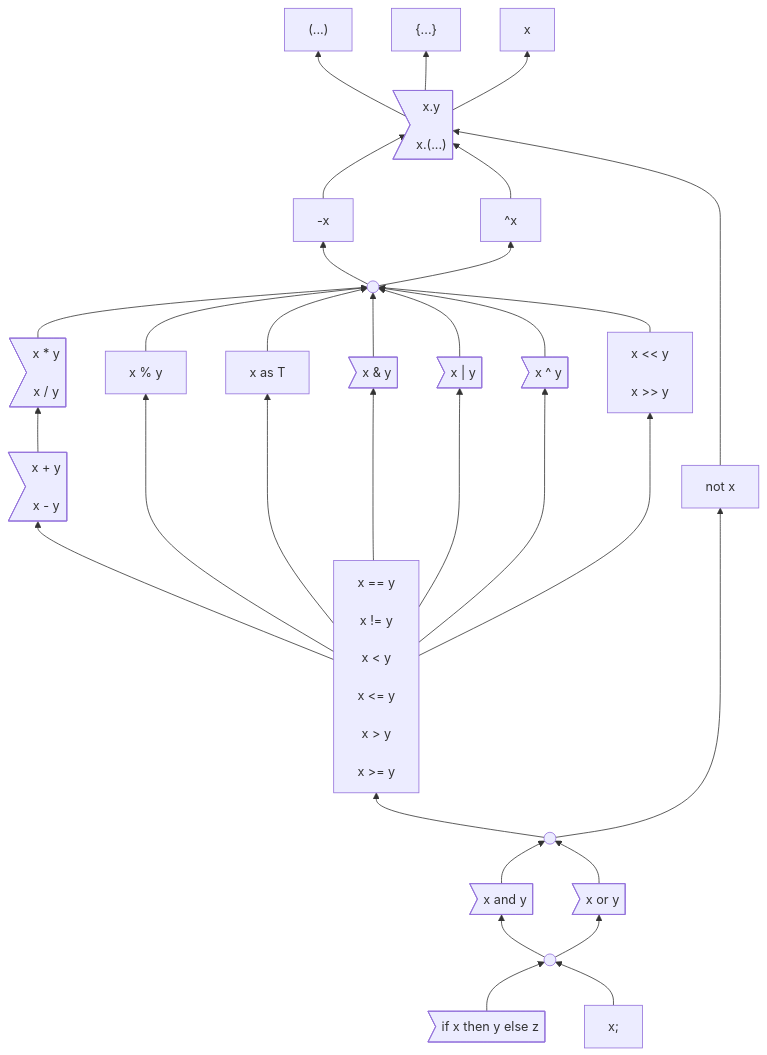
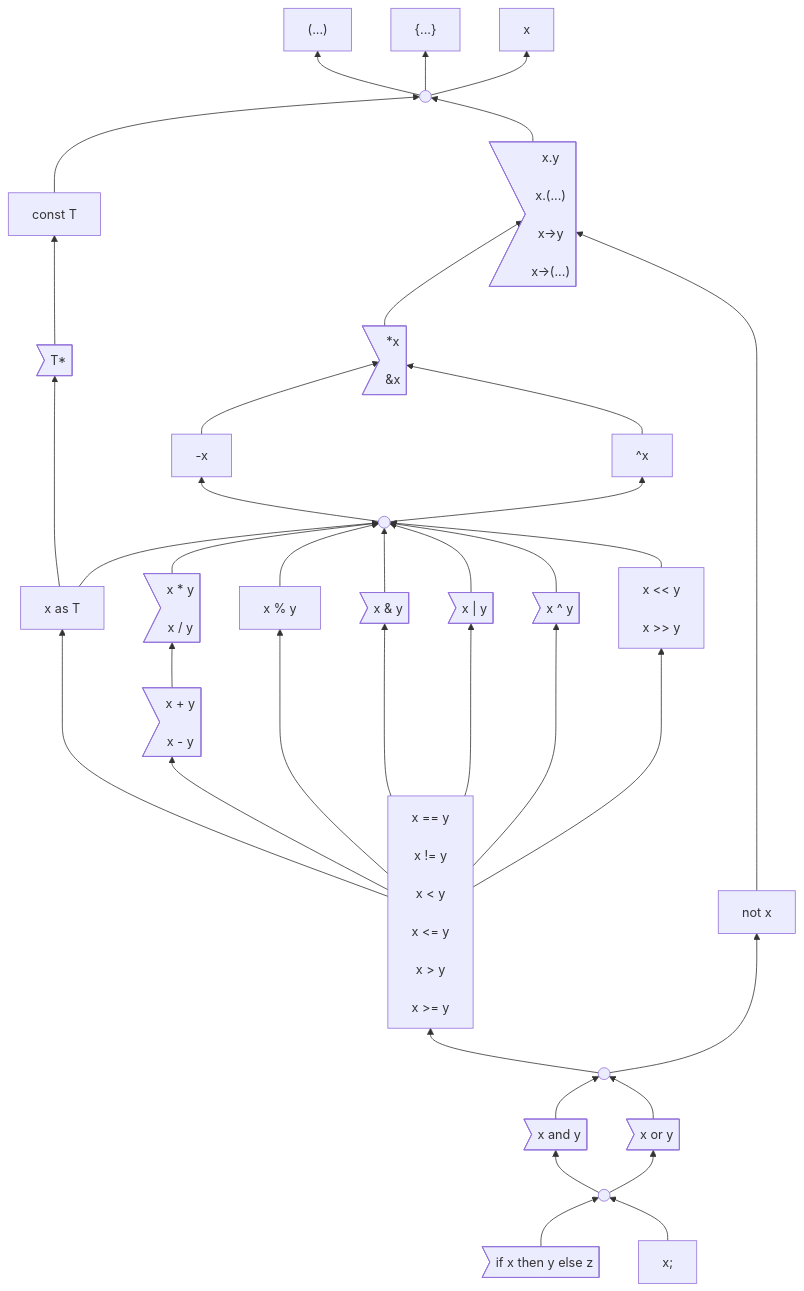
The first of 2 diagrams in docs/design/expressions/README.md (carbon-language/carbon-lang), drawn with Mermaid before and after one commit. The commit also changed other lines of this file and 11 other files, not shown here.

```diff
--- a/docs/design/expressions/README.md
+++ b/docs/design/expressions/README.md
@@ -61,9 +61,26 @@
     unqualifiedName["x"]
     click unqualifiedName "https://github.com/carbon-language/carbon-lang/blob/trunk/docs/design/expressions/README.md#unqualified-names"
 
+    top((" "))
+
     memberAccess>"x.y<br>
-                    x.(...)"]
+                  x.(...)<br>
+                  x->y<br>
+                  x->(...)"]
     click memberAccess "https://github.com/carbon-language/carbon-lang/blob/trunk/docs/design/expressions/member_access.md"
+
+    constType["const T"]
+    click pointer-type "https://github.com/carbon-language/carbon-lang/blob/trunk/docs/design/expressions/type_operators.md"
+
+    pointerType>"T*"]
+    click pointer-type "https://github.com/carbon-language/carbon-lang/blob/trunk/docs/design/expressions/type_operators.md"
+
+    %% FIXME: Need to switch unary operators from a left/right associativity to
+    %% a "repeated" marker, as we only have one direction for associativity and
+    %% that is wrong in this specific case.
+    pointer>"*x<br>
+             &x<br>"]
+    click pointer "https://github.com/carbon-language/carbon-lang/blob/trunk/docs/design/expressions/pointer.md"
 
     negation["-x"]
     click negation "https://github.com/carbon-language/carbon-lang/blob/trunk/docs/design/expressions/arithmetic.md"
@@ -124,15 +141,22 @@
 
     expressionEnd["x;"]
 
-    memberAccess --> parens & braces & unqualifiedName
-    negation --> memberAccess
-    complement --> memberAccess
+    top --> parens & braces & unqualifiedName
+
+    constType --> top
+    pointerType --> constType
+    as --> pointerType
+
+    memberAccess --> top
+    pointer --> memberAccess
+    negation --> pointer
+    complement --> pointer
     unary --> negation & complement
     %% Use a longer arrow here to put `not` next to `and` and `or`.
-    not -----> memberAccess
-    multiplication & modulo & as & bitwise_and & bitwise_or & bitwise_xor & shift --> unary
+    not -------> memberAccess
+    as & multiplication & modulo & bitwise_and & bitwise_or & bitwise_xor & shift --> unary
     addition --> multiplication
-    comparison --> modulo & addition & as & bitwise_and & bitwise_or & bitwise_xor & shift
+    comparison --> as & addition & modulo & bitwise_and & bitwise_or & bitwise_xor & shift
     logicalOperand --> comparison & not
     and & or --> logicalOperand
     logicalExpression --> and & or
```
